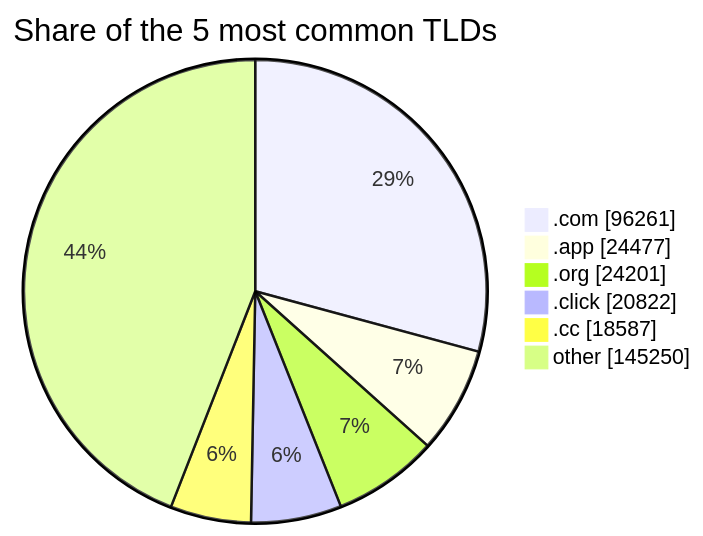
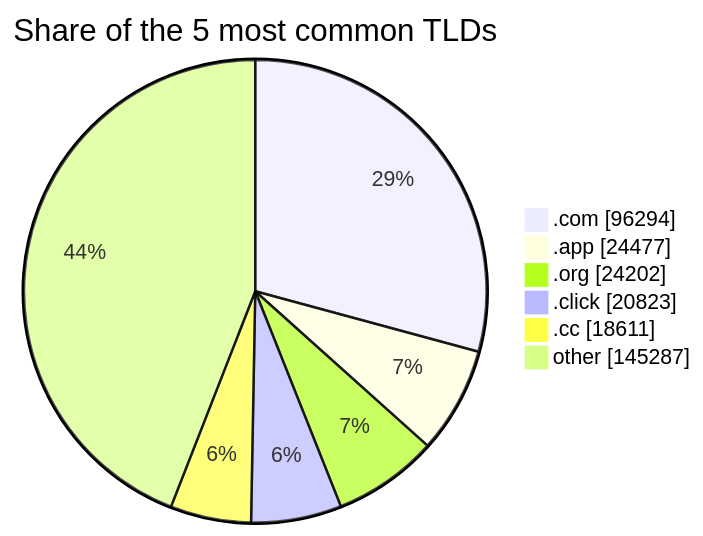
One commit to DNSBunker/CTI changed the third of 3 diagrams in README.md. Above: the diagram before and after it, drawn with Mermaid. The commit also changed other lines of this file and 4 other files, not shown here.

````diff
--- a/README.md
+++ b/README.md
@@ -81,9 +81,9 @@
 ```mermaid
 pie showData title Share of the 5 most common TLDs
-    ".com" : 96261
+    ".com" : 96294
     ".app" : 24477
-    ".org" : 24201
-    ".click" : 20822
-    ".cc" : 18587
-    "other" : 145250
+    ".org" : 24202
+    ".click" : 20823
+    ".cc" : 18611
+    "other" : 145287
 ```
````
